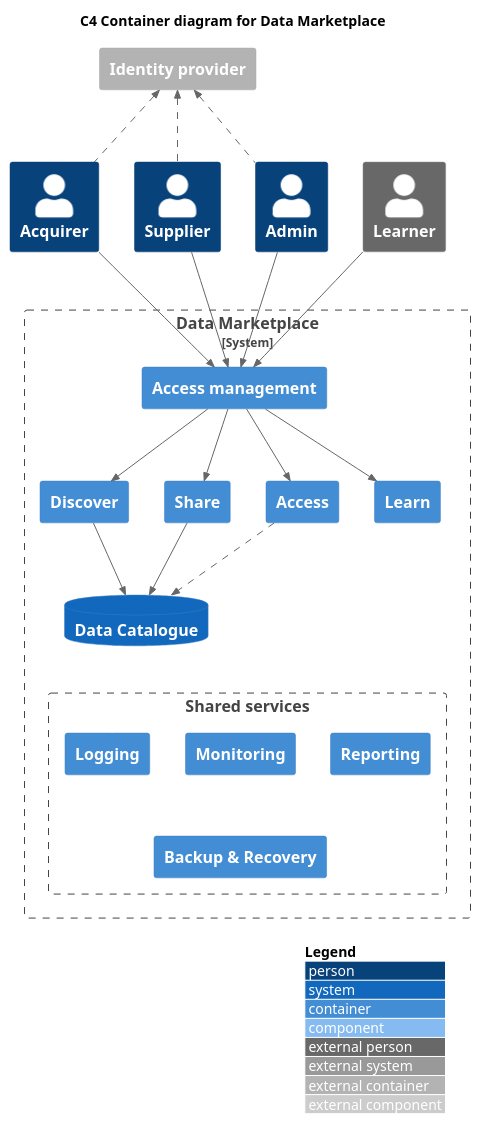
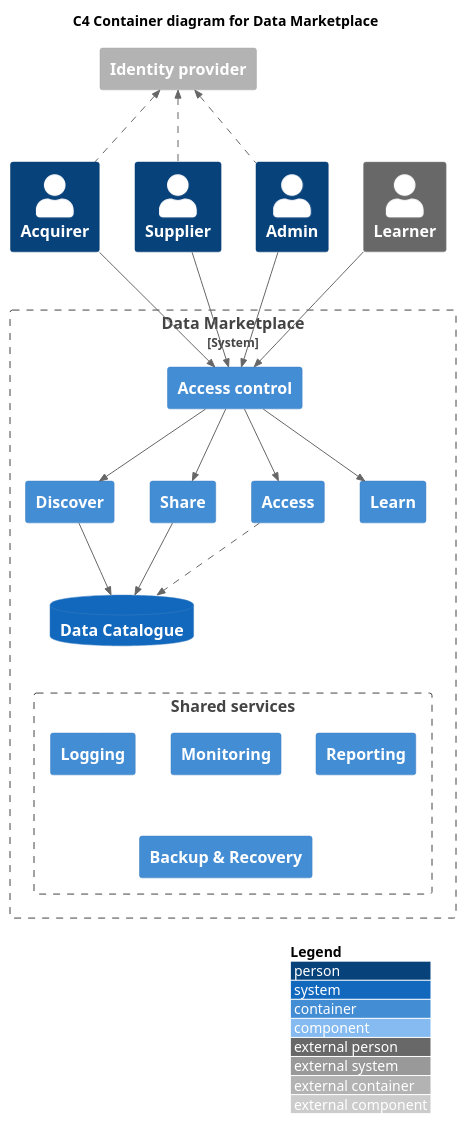
The diagram in data-marketplace/dm-c4-container.puml (co-cddo/data-architecture), drawn with PlantUML before and after one commit. The commit also changed 3 other files, not shown here.

Commit message:
Update file(s) "/." from "co-cddo/data-architecture-r"

```diff
--- a/data-marketplace/dm-c4-container.puml
+++ b/data-marketplace/dm-c4-container.puml
@@ -1,54 +1,54 @@
 @startuml dm-c4-container 
 !include <C4/C4_Container>
 !include <C4/C4_Component>
 
   title C4 Container diagram for Data Marketplace
   
   AddRelTag("dashed", $lineStyle=DashedLine())
 
   Person(acquirer, "Acquirer", "")
   Person(supplier, "Supplier", "")
   Person(admin, "Admin", "")
 
   Person_Ext(learner, "Learner", "")
 
   Container_Ext(idp, "Identity provider", "")
 
   System_Boundary(dm, "Data Marketplace") {
   
-    Container(am, "Access management", "")
+    Container(am, "Access control", "")
     Container(discover, "Discover", "")
     Container(share, "Share", "")
     Container(access, "Access", "") 
     Container(learn, "Learn", "") 
     SystemDb(catalog, "Data Catalogue", "")
 
     Boundary(common, "Shared services") {
       Container(logging, "Logging", "")
       Container(monitoring, "Monitoring", "")
       Container(reporting, "Reporting", "")  
       Container(backup, "Backup & Recovery", "")     
     }
     catalog -[#hidden]- logging 
   }
 
   Rel_U(supplier, idp, "", $tags="dashed")
   Rel_U(acquirer, idp, "", $tags="dashed")
   Rel_U(admin, idp, "", $tags="dashed")
   
   Rel(supplier, am, "")
   Rel(acquirer, am, "")
   Rel(admin, am, "")
   Rel(learner, am, "")
 
   Rel(am, discover, "")
   Rel(am, share, "")
   Rel(am, access, "")
   Rel(am, learn, "")
 
   Rel(discover, catalog, "")
   Rel(share, catalog, "")
   Rel(access, catalog, "", $tags="dashed")
 
   LAYOUT_WITH_LEGEND()
 @enduml
```
